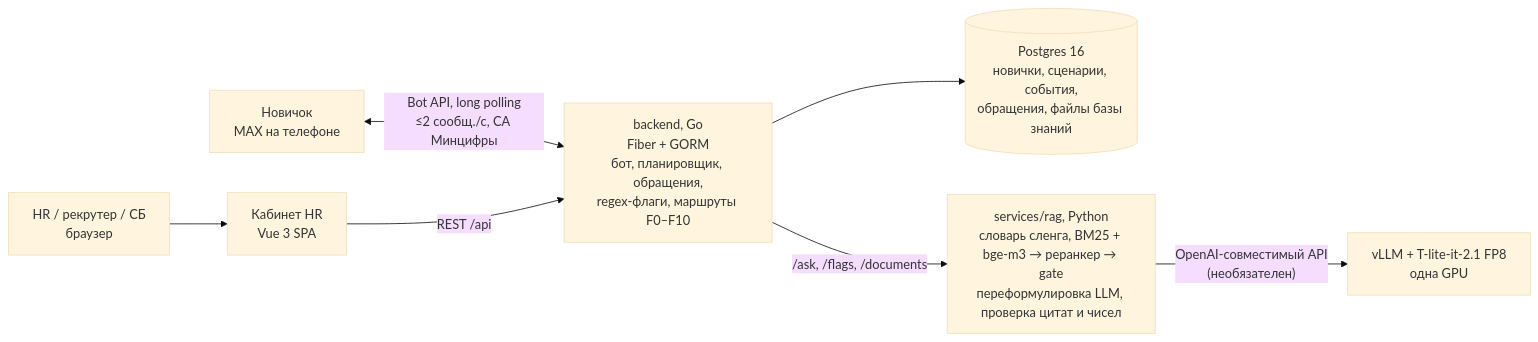
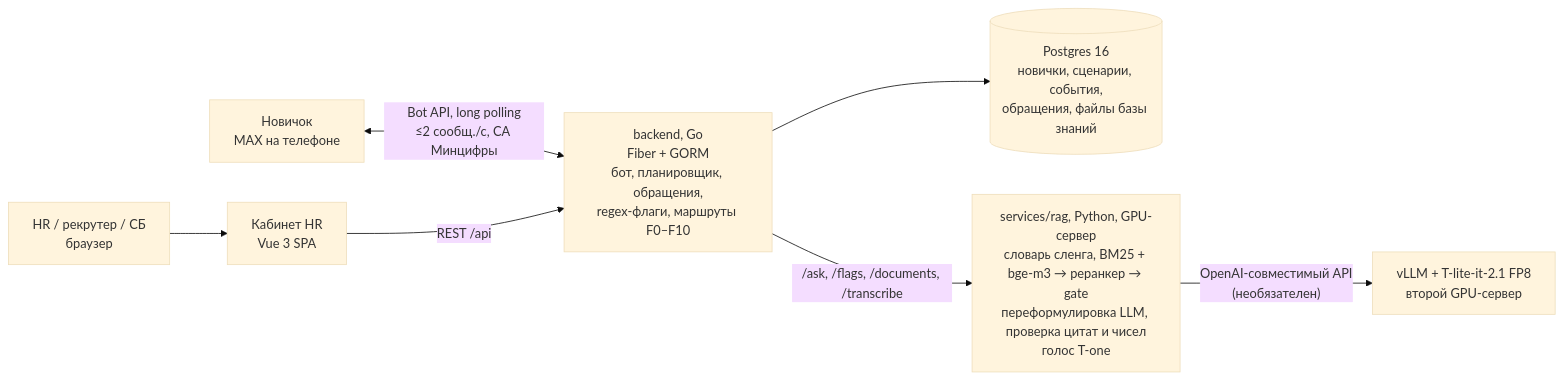
Before and after one commit to kunak-agency/polyplastic-bot: the diagram in README.md, drawn with Mermaid (base theme). The commit also changed other lines of this file and 11 other files, not shown here.

````diff
--- a/README.md
+++ b/README.md
@@ -199,9 +228,9 @@
 ```mermaid
 flowchart LR
     NC["Новичок<br/>MAX на телефоне"] <-->|"Bot API, long polling<br/>≤2 сообщ./с, CA Минцифры"| BE
     HR["HR / рекрутер / СБ<br/>браузер"] --> FE["Кабинет HR<br/>Vue 3 SPA"]
     FE -->|"REST /api"| BE["backend, Go<br/>Fiber + GORM<br/>бот, планировщик, обращения,<br/>regex-флаги, маршруты F0–F10"]
     BE --> PG[("Postgres 16<br/>новички, сценарии, события,<br/>обращения, файлы базы знаний")]
-    BE -->|"/ask, /flags, /documents"| RAG["services/rag, Python<br/>словарь сленга, BM25 + bge-m3 → реранкер → gate<br/>переформулировка LLM, проверка цитат и чисел"]
-    RAG -->|"OpenAI-совместимый API<br/>(необязателен)"| LLM["vLLM + T-lite-it-2.1 FP8<br/>одна GPU"]
+    BE -->|"/ask, /flags, /documents, /transcribe"| RAG["services/rag, Python, GPU-сервер<br/>словарь сленга, BM25 + bge-m3 → реранкер → gate<br/>переформулировка LLM, проверка цитат и чисел<br/>голос T-one"]
+    RAG -->|"OpenAI-совместимый API<br/>(необязателен)"| LLM["vLLM + T-lite-it-2.1 FP8<br/>второй GPU-сервер"]
 ```
````
